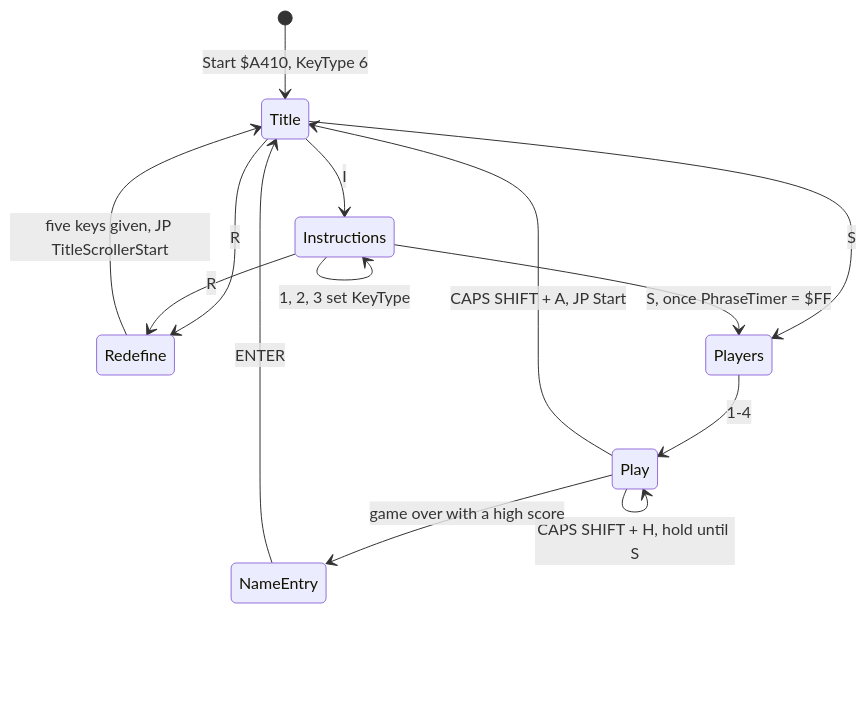
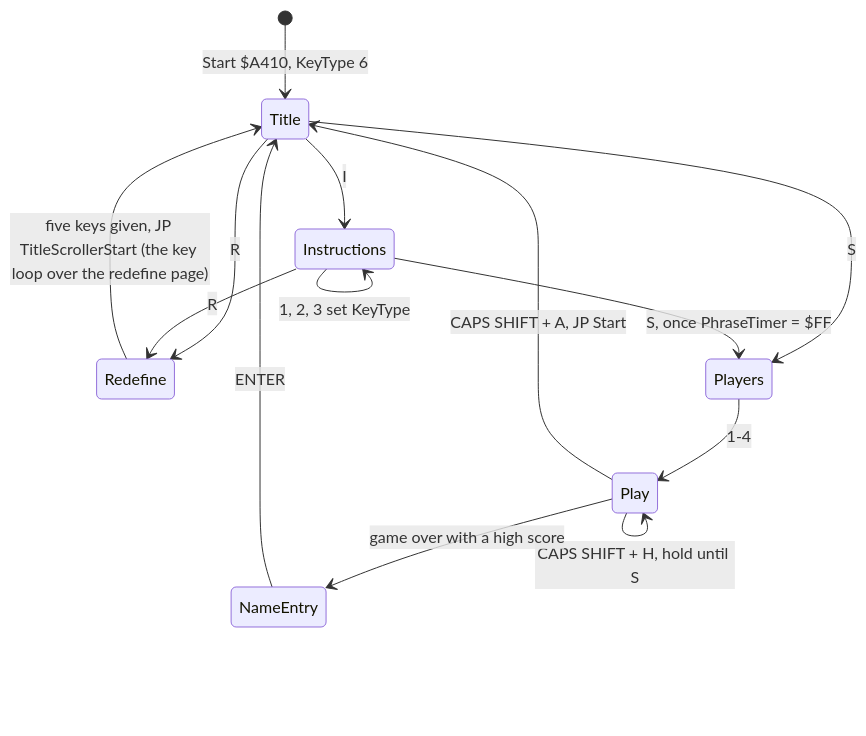
The second of 6 diagrams in games/chuckie-egg/docs/05-controls.md (alfishe/unrealng-reverse-cases), drawn with Mermaid before and after one commit. The commit also changed other lines of this file and 49 other files, not shown here.

````diff
--- a/games/chuckie-egg/docs/05-controls.md
+++ b/games/chuckie-egg/docs/05-controls.md
@@ -271,16 +271,16 @@
 ```mermaid
 stateDiagram-v2
     [*] --> Title: Start $A410, KeyType 6
     Title --> Instructions: I
     Title --> Redefine: R
     Title --> Players: S
     Instructions --> Instructions: 1, 2, 3 set KeyType
     Instructions --> Redefine: R
     Instructions --> Players: S, once PhraseTimer = $FF
-    Redefine --> Title: five keys given, JP TitleScrollerStart
+    Redefine --> Title: five keys given, JP TitleScrollerStart (the key loop over the redefine page)
     Players --> Play: 1-4
     Play --> Play: CAPS SHIFT + H, hold until S
     Play --> Title: CAPS SHIFT + A, JP Start
     Play --> NameEntry: game over with a high score
     NameEntry --> Title: ENTER
 ```
````
